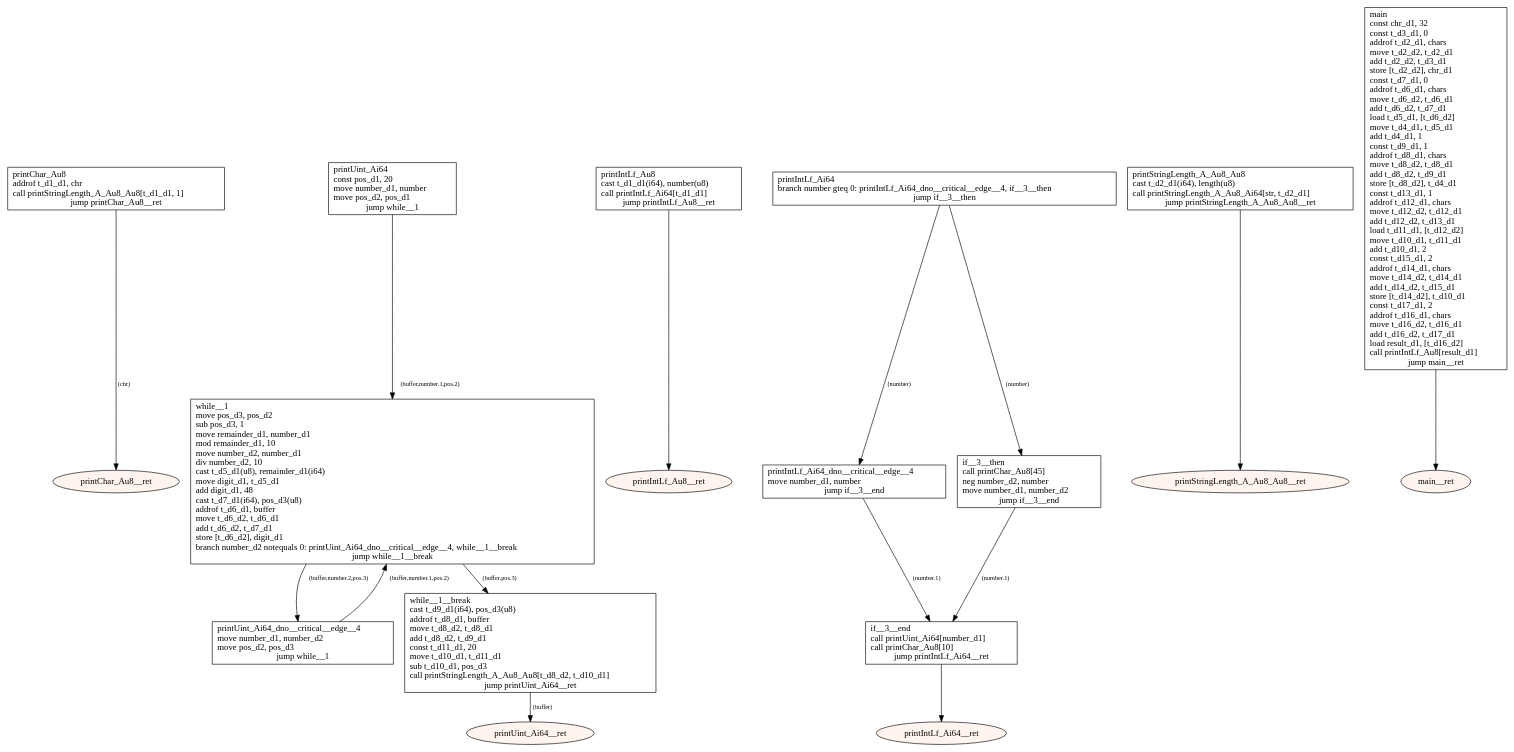
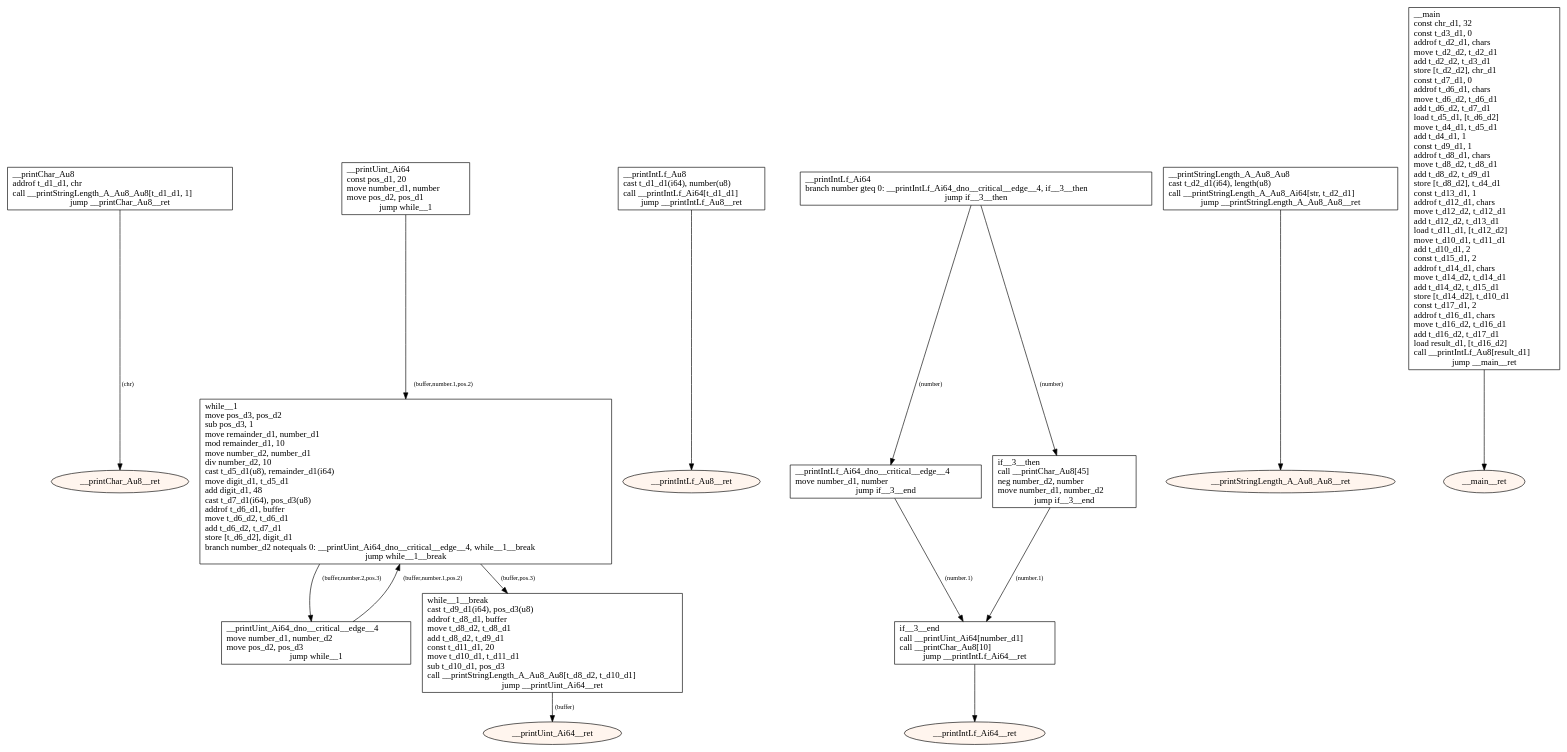
Before and after one commit to tmssngr/tinyC: the diagram in src/main/resources-test/compiler/windows/arrays.dot, drawn with Graphviz. The commit also changed 523 other files, not shown here.

```diff
--- a/src/main/resources-test/compiler/windows/arrays.dot
+++ b/src/main/resources-test/compiler/windows/arrays.dot
@@ -1,47 +1,47 @@
 digraph program {
 	edge[fontsize="10pt"];
-	subgraph fn_printChar_Au8 {
-		BasicBlock_0_printChar_Au8 [label="printChar_Au8\laddrof t_d1_d1, chr\lcall printStringLength_A_Au8_Au8[t_d1_d1, 1]\ljump printChar_Au8__ret",shape=box];
-		BasicBlock_0_printChar_Au8 -> BasicBlock_0_printChar_Au8__ret [label="(chr)"];
-		BasicBlock_0_printChar_Au8__ret [label="printChar_Au8__ret",shape=oval,style=filled,fillcolor="#fff5ee"];
+	subgraph fn___printChar_Au8 {
+		BasicBlock_0___printChar_Au8 [label="__printChar_Au8\laddrof t_d1_d1, chr\lcall __printStringLength_A_Au8_Au8[t_d1_d1, 1]\ljump __printChar_Au8__ret",shape=box];
+		BasicBlock_0___printChar_Au8 -> BasicBlock_0___printChar_Au8__ret [label="(chr)"];
+		BasicBlock_0___printChar_Au8__ret [label="__printChar_Au8__ret",shape=oval,style=filled,fillcolor="#fff5ee"];
 	}
-	subgraph fn_printUint_Ai64 {
-		BasicBlock_1_printUint_Ai64 [label="printUint_Ai64\lconst pos_d1, 20\lmove number_d1, number\lmove pos_d2, pos_d1\ljump while__1",shape=box];
-		BasicBlock_1_printUint_Ai64 -> BasicBlock_1_while__1 [label="(buffer,number.1,pos.2)"];
-		BasicBlock_1_printUint_Ai64_dno__critical__edge__4 [label="printUint_Ai64_dno__critical__edge__4\lmove number_d1, number_d2\lmove pos_d2, pos_d3\ljump while__1",shape=box];
-		BasicBlock_1_printUint_Ai64_dno__critical__edge__4 -> BasicBlock_1_while__1 [label="(buffer,number.1,pos.2)"];
-		BasicBlock_1_while__1 [label="while__1\lmove pos_d3, pos_d2\lsub pos_d3, 1\lmove remainder_d1, number_d1\lmod remainder_d1, 10\lmove number_d2, number_d1\ldiv number_d2, 10\lcast t_d5_d1(u8), remainder_d1(i64)\lmove digit_d1, t_d5_d1\ladd digit_d1, 48\lcast t_d7_d1(i64), pos_d3(u8)\laddrof t_d6_d1, buffer\lmove t_d6_d2, t_d6_d1\ladd t_d6_d2, t_d7_d1\lstore [t_d6_d2], digit_d1\lbranch number_d2 notequals 0: printUint_Ai64_dno__critical__edge__4, while__1__break\ljump while__1__break",shape=box];
-		BasicBlock_1_while__1 -> BasicBlock_1_printUint_Ai64_dno__critical__edge__4 [label="(buffer,number.2,pos.3)"];
+	subgraph fn___printUint_Ai64 {
+		BasicBlock_1___printUint_Ai64 [label="__printUint_Ai64\lconst pos_d1, 20\lmove number_d1, number\lmove pos_d2, pos_d1\ljump while__1",shape=box];
+		BasicBlock_1___printUint_Ai64 -> BasicBlock_1_while__1 [label="(buffer,number.1,pos.2)"];
+		BasicBlock_1___printUint_Ai64_dno__critical__edge__4 [label="__printUint_Ai64_dno__critical__edge__4\lmove number_d1, number_d2\lmove pos_d2, pos_d3\ljump while__1",shape=box];
+		BasicBlock_1___printUint_Ai64_dno__critical__edge__4 -> BasicBlock_1_while__1 [label="(buffer,number.1,pos.2)"];
+		BasicBlock_1_while__1 [label="while__1\lmove pos_d3, pos_d2\lsub pos_d3, 1\lmove remainder_d1, number_d1\lmod remainder_d1, 10\lmove number_d2, number_d1\ldiv number_d2, 10\lcast t_d5_d1(u8), remainder_d1(i64)\lmove digit_d1, t_d5_d1\ladd digit_d1, 48\lcast t_d7_d1(i64), pos_d3(u8)\laddrof t_d6_d1, buffer\lmove t_d6_d2, t_d6_d1\ladd t_d6_d2, t_d7_d1\lstore [t_d6_d2], digit_d1\lbranch number_d2 notequals 0: __printUint_Ai64_dno__critical__edge__4, while__1__break\ljump while__1__break",shape=box];
+		BasicBlock_1_while__1 -> BasicBlock_1___printUint_Ai64_dno__critical__edge__4 [label="(buffer,number.2,pos.3)"];
 		BasicBlock_1_while__1 -> BasicBlock_1_while__1__break [label="(buffer,pos.3)"];
-		BasicBlock_1_while__1__break [label="while__1__break\lcast t_d9_d1(i64), pos_d3(u8)\laddrof t_d8_d1, buffer\lmove t_d8_d2, t_d8_d1\ladd t_d8_d2, t_d9_d1\lconst t_d11_d1, 20\lmove t_d10_d1, t_d11_d1\lsub t_d10_d1, pos_d3\lcall printStringLength_A_Au8_Au8[t_d8_d2, t_d10_d1]\ljump printUint_Ai64__ret",shape=box];
-		BasicBlock_1_while__1__break -> BasicBlock_1_printUint_Ai64__ret [label="(buffer)"];
-		BasicBlock_1_printUint_Ai64__ret [label="printUint_Ai64__ret",shape=oval,style=filled,fillcolor="#fff5ee"];
+		BasicBlock_1_while__1__break [label="while__1__break\lcast t_d9_d1(i64), pos_d3(u8)\laddrof t_d8_d1, buffer\lmove t_d8_d2, t_d8_d1\ladd t_d8_d2, t_d9_d1\lconst t_d11_d1, 20\lmove t_d10_d1, t_d11_d1\lsub t_d10_d1, pos_d3\lcall __printStringLength_A_Au8_Au8[t_d8_d2, t_d10_d1]\ljump __printUint_Ai64__ret",shape=box];
+		BasicBlock_1_while__1__break -> BasicBlock_1___printUint_Ai64__ret [label="(buffer)"];
+		BasicBlock_1___printUint_Ai64__ret [label="__printUint_Ai64__ret",shape=oval,style=filled,fillcolor="#fff5ee"];
 	}
-	subgraph fn_printIntLf_Au8 {
-		BasicBlock_2_printIntLf_Au8 [label="printIntLf_Au8\lcast t_d1_d1(i64), number(u8)\lcall printIntLf_Ai64[t_d1_d1]\ljump printIntLf_Au8__ret",shape=box];
-		BasicBlock_2_printIntLf_Au8 -> BasicBlock_2_printIntLf_Au8__ret;
-		BasicBlock_2_printIntLf_Au8__ret [label="printIntLf_Au8__ret",shape=oval,style=filled,fillcolor="#fff5ee"];
+	subgraph fn___printIntLf_Au8 {
+		BasicBlock_2___printIntLf_Au8 [label="__printIntLf_Au8\lcast t_d1_d1(i64), number(u8)\lcall __printIntLf_Ai64[t_d1_d1]\ljump __printIntLf_Au8__ret",shape=box];
+		BasicBlock_2___printIntLf_Au8 -> BasicBlock_2___printIntLf_Au8__ret;
+		BasicBlock_2___printIntLf_Au8__ret [label="__printIntLf_Au8__ret",shape=oval,style=filled,fillcolor="#fff5ee"];
 	}
-	subgraph fn_printIntLf_Ai64 {
-		BasicBlock_3_printIntLf_Ai64 [label="printIntLf_Ai64\lbranch number gteq 0: printIntLf_Ai64_dno__critical__edge__4, if__3__then\ljump if__3__then",shape=box];
-		BasicBlock_3_printIntLf_Ai64 -> BasicBlock_3_printIntLf_Ai64_dno__critical__edge__4 [label="(number)"];
-		BasicBlock_3_printIntLf_Ai64 -> BasicBlock_3_if__3__then [label="(number)"];
-		BasicBlock_3_printIntLf_Ai64_dno__critical__edge__4 [label="printIntLf_Ai64_dno__critical__edge__4\lmove number_d1, number\ljump if__3__end",shape=box];
-		BasicBlock_3_printIntLf_Ai64_dno__critical__edge__4 -> BasicBlock_3_if__3__end [label="(number.1)"];
-		BasicBlock_3_if__3__then [label="if__3__then\lcall printChar_Au8[45]\lneg number_d2, number\lmove number_d1, number_d2\ljump if__3__end",shape=box];
+	subgraph fn___printIntLf_Ai64 {
+		BasicBlock_3___printIntLf_Ai64 [label="__printIntLf_Ai64\lbranch number gteq 0: __printIntLf_Ai64_dno__critical__edge__4, if__3__then\ljump if__3__then",shape=box];
+		BasicBlock_3___printIntLf_Ai64 -> BasicBlock_3___printIntLf_Ai64_dno__critical__edge__4 [label="(number)"];
+		BasicBlock_3___printIntLf_Ai64 -> BasicBlock_3_if__3__then [label="(number)"];
+		BasicBlock_3___printIntLf_Ai64_dno__critical__edge__4 [label="__printIntLf_Ai64_dno__critical__edge__4\lmove number_d1, number\ljump if__3__end",shape=box];
+		BasicBlock_3___printIntLf_Ai64_dno__critical__edge__4 -> BasicBlock_3_if__3__end [label="(number.1)"];
+		BasicBlock_3_if__3__then [label="if__3__then\lcall __printChar_Au8[45]\lneg number_d2, number\lmove number_d1, number_d2\ljump if__3__end",shape=box];
 		BasicBlock_3_if__3__then -> BasicBlock_3_if__3__end [label="(number.1)"];
-		BasicBlock_3_if__3__end [label="if__3__end\lcall printUint_Ai64[number_d1]\lcall printChar_Au8[10]\ljump printIntLf_Ai64__ret",shape=box];
-		BasicBlock_3_if__3__end -> BasicBlock_3_printIntLf_Ai64__ret;
-		BasicBlock_3_printIntLf_Ai64__ret [label="printIntLf_Ai64__ret",shape=oval,style=filled,fillcolor="#fff5ee"];
+		BasicBlock_3_if__3__end [label="if__3__end\lcall __printUint_Ai64[number_d1]\lcall __printChar_Au8[10]\ljump __printIntLf_Ai64__ret",shape=box];
+		BasicBlock_3_if__3__end -> BasicBlock_3___printIntLf_Ai64__ret;
+		BasicBlock_3___printIntLf_Ai64__ret [label="__printIntLf_Ai64__ret",shape=oval,style=filled,fillcolor="#fff5ee"];
 	}
-	subgraph fn_printStringLength_A_Au8_Au8 {
-		BasicBlock_4_printStringLength_A_Au8_Au8 [label="printStringLength_A_Au8_Au8\lcast t_d2_d1(i64), length(u8)\lcall printStringLength_A_Au8_Ai64[str, t_d2_d1]\ljump printStringLength_A_Au8_Au8__ret",shape=box];
-		BasicBlock_4_printStringLength_A_Au8_Au8 -> BasicBlock_4_printStringLength_A_Au8_Au8__ret;
-		BasicBlock_4_printStringLength_A_Au8_Au8__ret [label="printStringLength_A_Au8_Au8__ret",shape=oval,style=filled,fillcolor="#fff5ee"];
+	subgraph fn___printStringLength_A_Au8_Au8 {
+		BasicBlock_4___printStringLength_A_Au8_Au8 [label="__printStringLength_A_Au8_Au8\lcast t_d2_d1(i64), length(u8)\lcall __printStringLength_A_Au8_Ai64[str, t_d2_d1]\ljump __printStringLength_A_Au8_Au8__ret",shape=box];
+		BasicBlock_4___printStringLength_A_Au8_Au8 -> BasicBlock_4___printStringLength_A_Au8_Au8__ret;
+		BasicBlock_4___printStringLength_A_Au8_Au8__ret [label="__printStringLength_A_Au8_Au8__ret",shape=oval,style=filled,fillcolor="#fff5ee"];
 	}
-	subgraph fn_main {
-		BasicBlock_5_main [label="main\lconst chr_d1, 32\lconst t_d3_d1, 0\laddrof t_d2_d1, chars\lmove t_d2_d2, t_d2_d1\ladd t_d2_d2, t_d3_d1\lstore [t_d2_d2], chr_d1\lconst t_d7_d1, 0\laddrof t_d6_d1, chars\lmove t_d6_d2, t_d6_d1\ladd t_d6_d2, t_d7_d1\lload t_d5_d1, [t_d6_d2]\lmove t_d4_d1, t_d5_d1\ladd t_d4_d1, 1\lconst t_d9_d1, 1\laddrof t_d8_d1, chars\lmove t_d8_d2, t_d8_d1\ladd t_d8_d2, t_d9_d1\lstore [t_d8_d2], t_d4_d1\lconst t_d13_d1, 1\laddrof t_d12_d1, chars\lmove t_d12_d2, t_d12_d1\ladd t_d12_d2, t_d13_d1\lload t_d11_d1, [t_d12_d2]\lmove t_d10_d1, t_d11_d1\ladd t_d10_d1, 2\lconst t_d15_d1, 2\laddrof t_d14_d1, chars\lmove t_d14_d2, t_d14_d1\ladd t_d14_d2, t_d15_d1\lstore [t_d14_d2], t_d10_d1\lconst t_d17_d1, 2\laddrof t_d16_d1, chars\lmove t_d16_d2, t_d16_d1\ladd t_d16_d2, t_d17_d1\lload result_d1, [t_d16_d2]\lcall printIntLf_Au8[result_d1]\ljump main__ret",shape=box];
-		BasicBlock_5_main -> BasicBlock_5_main__ret;
-		BasicBlock_5_main__ret [label="main__ret",shape=oval,style=filled,fillcolor="#fff5ee"];
+	subgraph fn___main {
+		BasicBlock_5___main [label="__main\lconst chr_d1, 32\lconst t_d3_d1, 0\laddrof t_d2_d1, chars\lmove t_d2_d2, t_d2_d1\ladd t_d2_d2, t_d3_d1\lstore [t_d2_d2], chr_d1\lconst t_d7_d1, 0\laddrof t_d6_d1, chars\lmove t_d6_d2, t_d6_d1\ladd t_d6_d2, t_d7_d1\lload t_d5_d1, [t_d6_d2]\lmove t_d4_d1, t_d5_d1\ladd t_d4_d1, 1\lconst t_d9_d1, 1\laddrof t_d8_d1, chars\lmove t_d8_d2, t_d8_d1\ladd t_d8_d2, t_d9_d1\lstore [t_d8_d2], t_d4_d1\lconst t_d13_d1, 1\laddrof t_d12_d1, chars\lmove t_d12_d2, t_d12_d1\ladd t_d12_d2, t_d13_d1\lload t_d11_d1, [t_d12_d2]\lmove t_d10_d1, t_d11_d1\ladd t_d10_d1, 2\lconst t_d15_d1, 2\laddrof t_d14_d1, chars\lmove t_d14_d2, t_d14_d1\ladd t_d14_d2, t_d15_d1\lstore [t_d14_d2], t_d10_d1\lconst t_d17_d1, 2\laddrof t_d16_d1, chars\lmove t_d16_d2, t_d16_d1\ladd t_d16_d2, t_d17_d1\lload result_d1, [t_d16_d2]\lcall __printIntLf_Au8[result_d1]\ljump __main__ret",shape=box];
+		BasicBlock_5___main -> BasicBlock_5___main__ret;
+		BasicBlock_5___main__ret [label="__main__ret",shape=oval,style=filled,fillcolor="#fff5ee"];
 	}
 }
```
